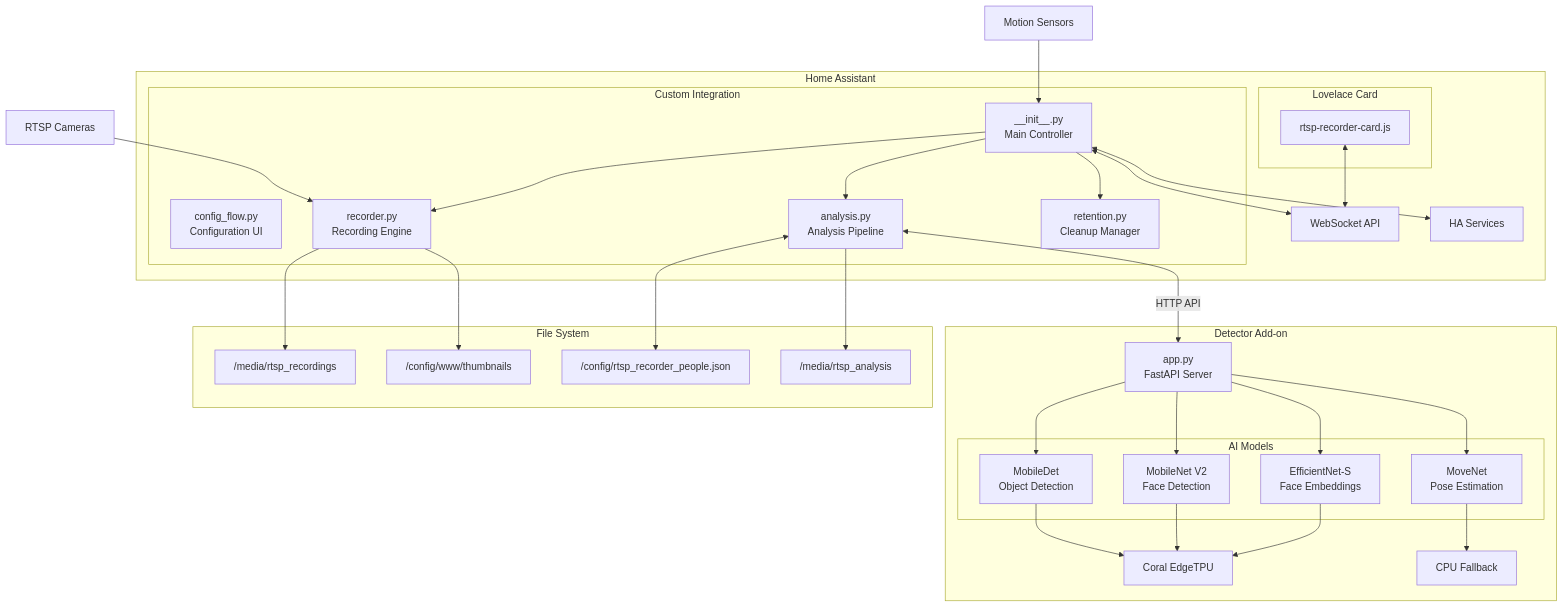
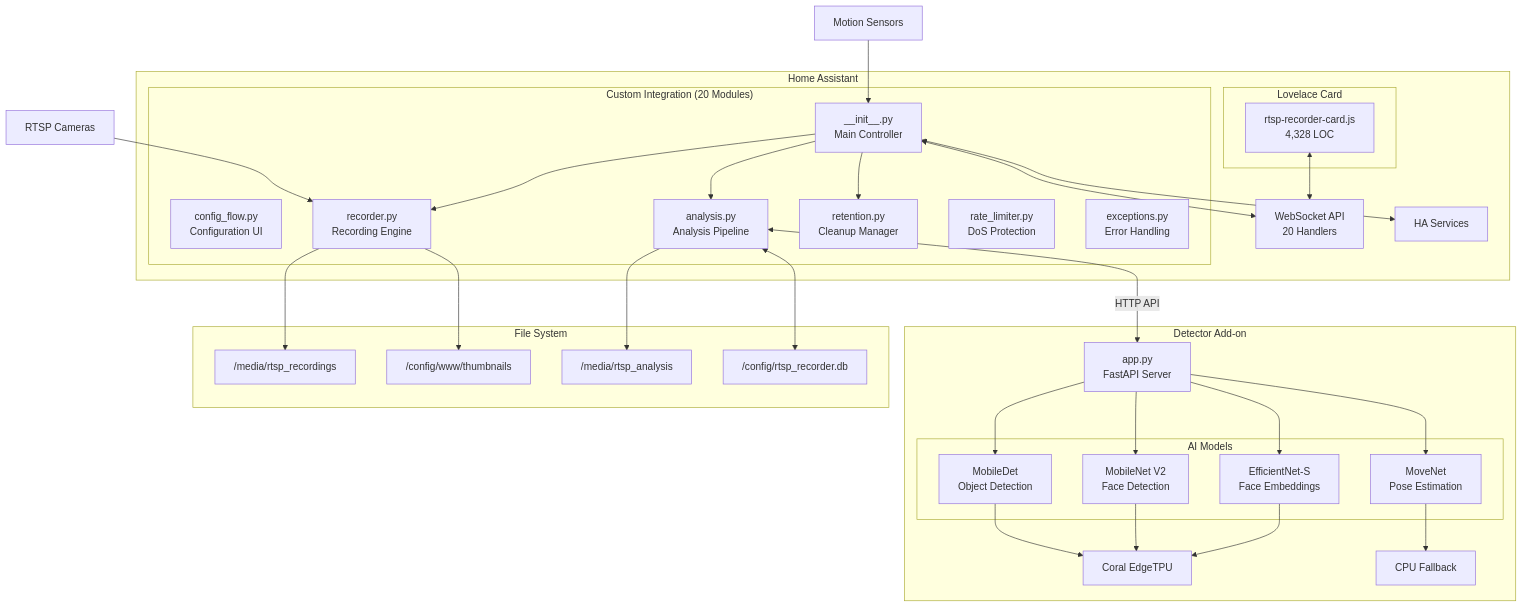
The first of 8 diagrams in README.md (brainAThome/Opening_RTSP-Recorder), drawn with Mermaid before and after one commit. The commit also changed other lines of this file and 28 other files, not shown here.

````diff
--- a/README.md
+++ b/README.md
@@ -56,65 +136,67 @@
 ```mermaid
 flowchart TB
     subgraph HA["Home Assistant"]
-        subgraph Integration["Custom Integration"]
+        subgraph Integration["Custom Integration (20 Modules)"]
             INIT["__init__.py<br/>Main Controller"]
             CONFIG["config_flow.py<br/>Configuration UI"]
             RECORDER["recorder.py<br/>Recording Engine"]
             ANALYSIS["analysis.py<br/>Analysis Pipeline"]
             RETENTION["retention.py<br/>Cleanup Manager"]
+            RATELIMIT["rate_limiter.py<br/>DoS Protection"]
+            EXCEPTIONS["exceptions.py<br/>Error Handling"]
         end
         
         subgraph Dashboard["Lovelace Card"]
-            CARD["rtsp-recorder-card.js"]
+            CARD["rtsp-recorder-card.js<br/>4,328 LOC"]
         end
         
-        WS["WebSocket API"]
+        WS["WebSocket API<br/>20 Handlers"]
         SERVICES["HA Services"]
     end
     
     subgraph Addon["Detector Add-on"]
         APP["app.py<br/>FastAPI Server"]
         subgraph Models["AI Models"]
             DETECT["MobileDet<br/>Object Detection"]
             FACE["MobileNet V2<br/>Face Detection"]
             EMBED["EfficientNet-S<br/>Face Embeddings"]
             POSE["MoveNet<br/>Pose Estimation"]
         end
         CORAL["Coral EdgeTPU"]
         CPU["CPU Fallback"]
     end
     
     subgraph Storage["File System"]
         RECORDINGS["/media/rtsp_recordings"]
         THUMBS["/config/www/thumbnails"]
-        PEOPLE["/config/rtsp_recorder_people.json"]
         ANALYSISDIR["/media/rtsp_analysis"]
+        SQLITE["/config/rtsp_recorder.db"]
     end
     
     CAM["RTSP Cameras"] --> RECORDER
     MOTION["Motion Sensors"] --> INIT
     
     INIT --> RECORDER
     INIT --> ANALYSIS
     INIT --> RETENTION
     INIT <--> WS
     INIT <--> SERVICES
     
     CARD <--> WS
     
     ANALYSIS <-->|HTTP API| APP
     APP --> DETECT
     APP --> FACE
     APP --> EMBED
     APP --> POSE
     
     DETECT --> CORAL
     FACE --> CORAL
     EMBED --> CORAL
     POSE --> CPU
     
     RECORDER --> RECORDINGS
     RECORDER --> THUMBS
     ANALYSIS --> ANALYSISDIR
-    ANALYSIS <--> PEOPLE
+    ANALYSIS <--> SQLITE
 ```
````
